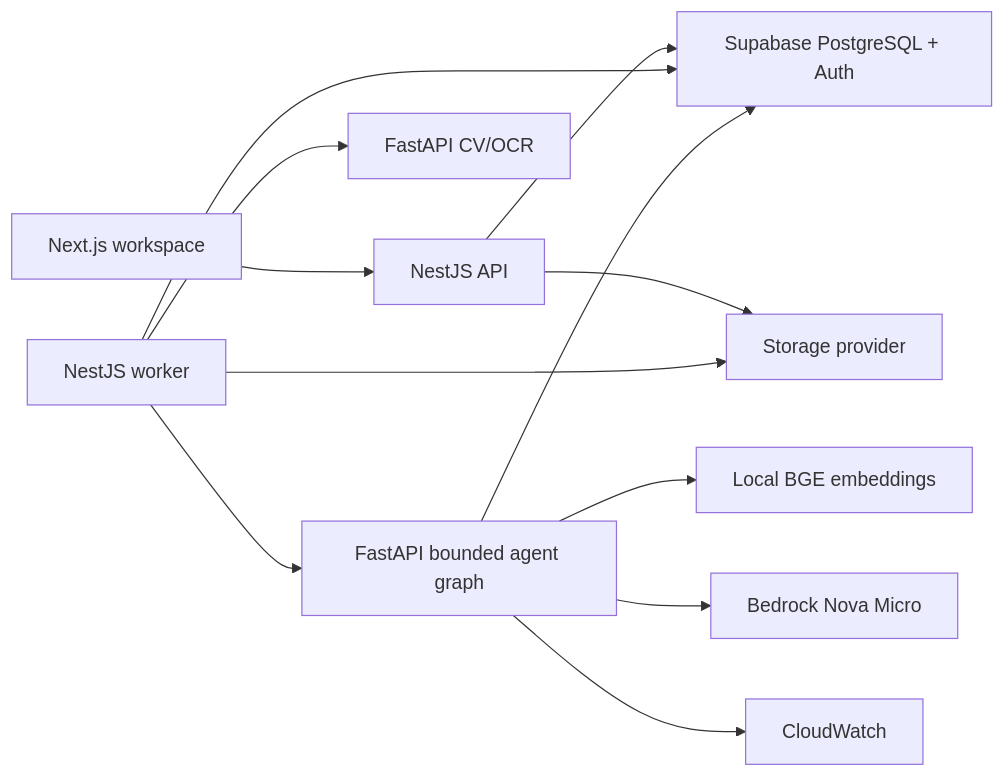
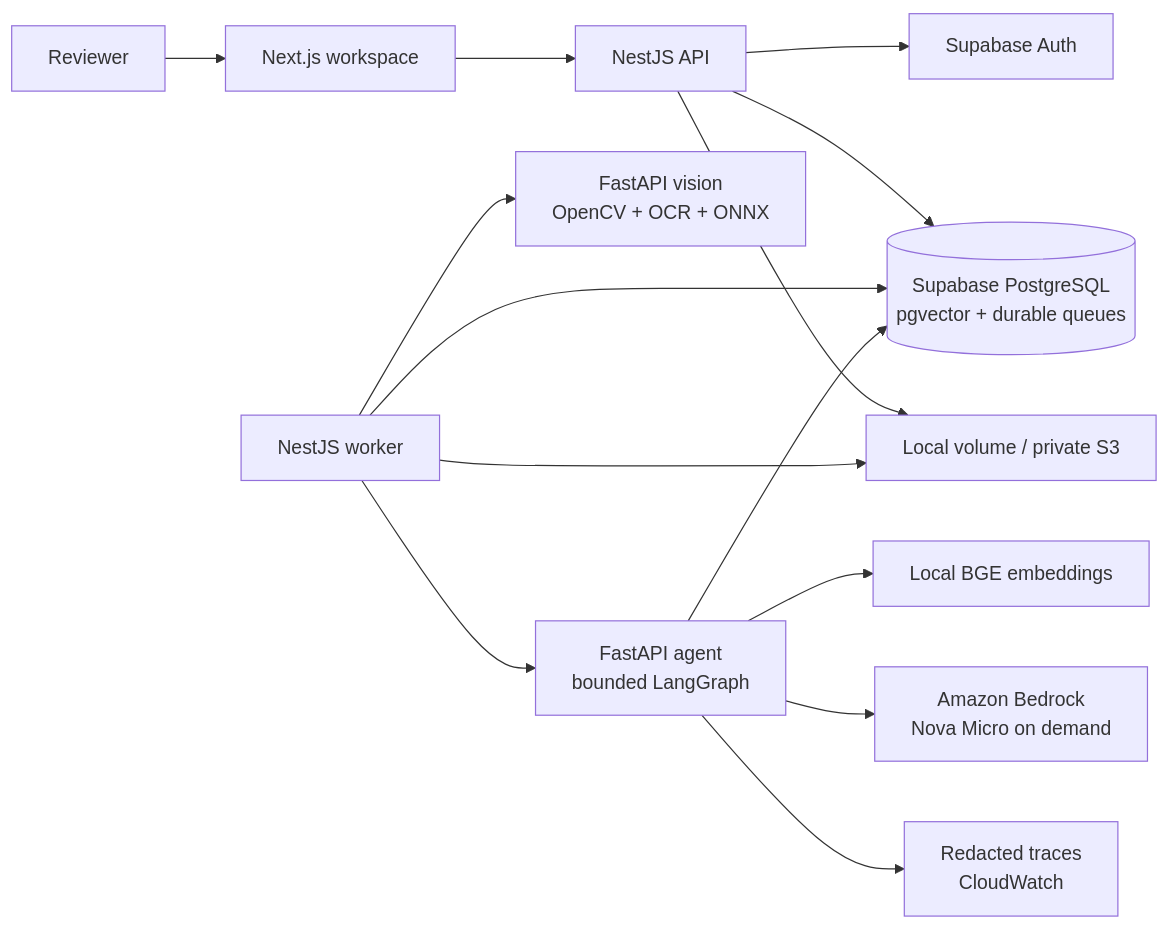
The diagram in README.md (abdullahahsen05/plandelta-ai), drawn with Mermaid before and after one commit. The commit also changed other lines of this file, not shown here.

````diff
--- a/README.md
+++ b/README.md
@@ -51,14 +86,16 @@
 ```mermaid
 flowchart LR
-    Browser["Next.js workspace"] --> API["NestJS API"]
-    API --> DB["Supabase PostgreSQL + Auth"]
+    User["Reviewer"] --> Web["Next.js workspace"]
+    Web --> API["NestJS API"]
+    API --> Auth["Supabase Auth"]
+    API --> DB[("Supabase PostgreSQL<br/>pgvector + durable queues")]
     Worker["NestJS worker"] --> DB
-    Worker --> Vision["FastAPI CV/OCR"]
-    Worker --> Agent["FastAPI bounded agent graph"]
+    Worker --> Vision["FastAPI vision<br/>OpenCV + OCR + ONNX"]
+    API --> Storage["Local volume / private S3"]
+    Worker --> Storage
+    Worker --> Agent["FastAPI agent<br/>bounded LangGraph"]
     Agent --> DB
     Agent --> Embeddings["Local BGE embeddings"]
-    API --> Storage["Storage provider"]
-    Worker --> Storage
-    Agent --> Bedrock["Bedrock Nova Micro"]
-    Agent --> Logs["CloudWatch"]
+    Agent --> Bedrock["Amazon Bedrock<br/>Nova Micro on demand"]
+    Agent --> Observability["Redacted traces<br/>CloudWatch"]
 ```
````
